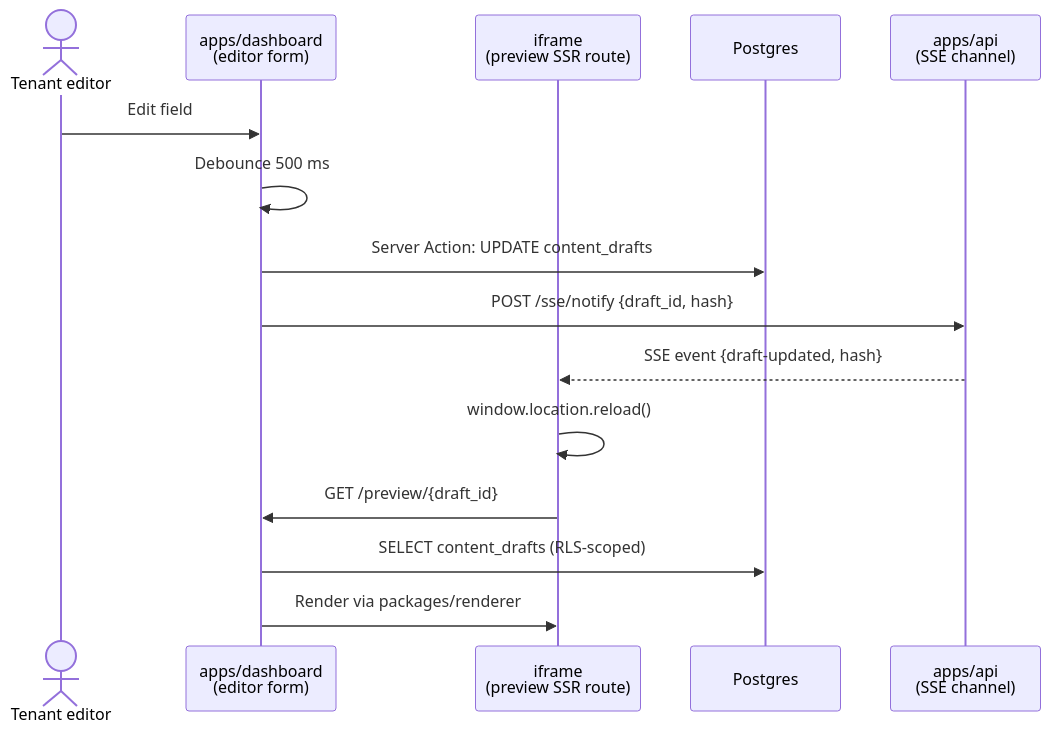
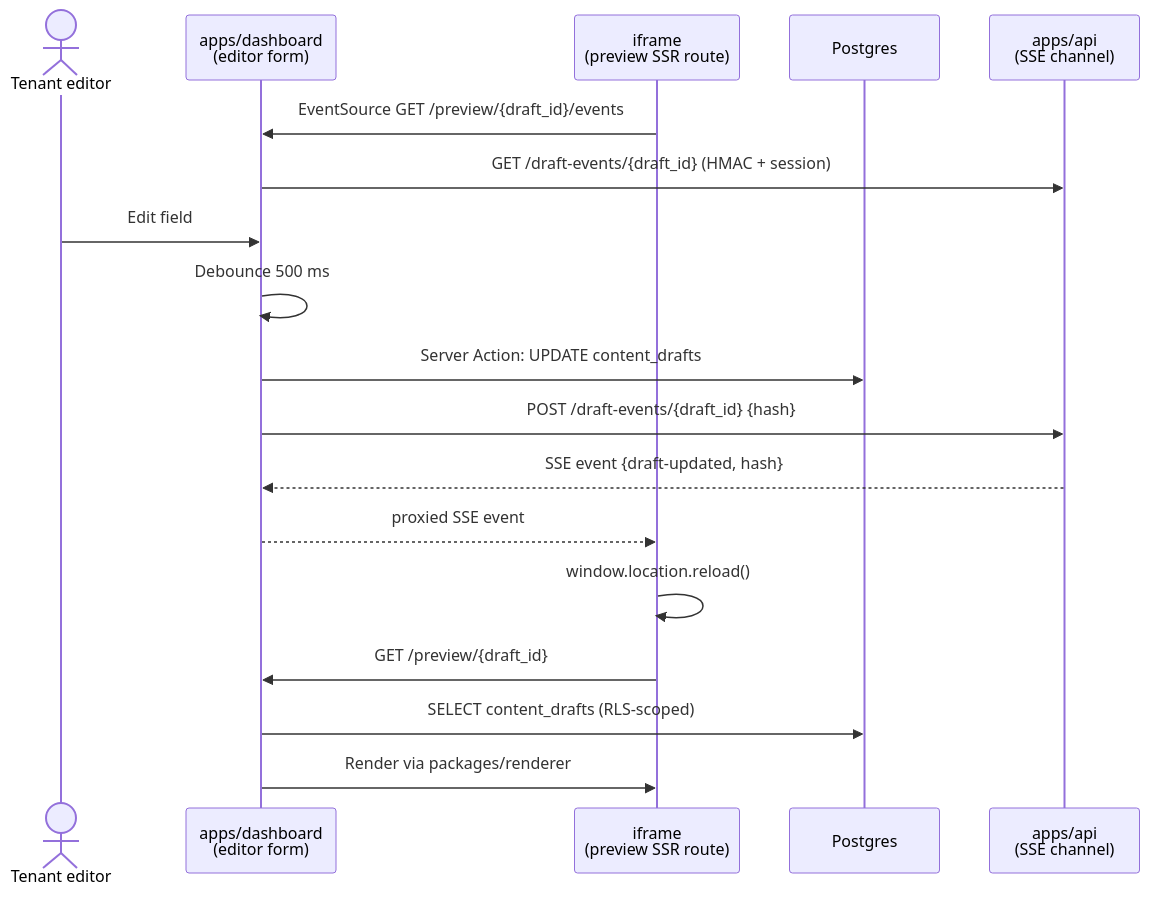
The fifth of 5 diagrams in ARCHITECTURE.md (farulivan/plinth), drawn with Mermaid before and after one commit. The commit also changed other lines of this file, not shown here.

First line of the commit message:
docs: correct the architecture overview against the running system

````diff
--- a/ARCHITECTURE.md
+++ b/ARCHITECTURE.md
@@ -147,18 +149,21 @@
 ```mermaid
 sequenceDiagram
     actor T as Tenant editor
     participant D as apps/dashboard<br/>(editor form)
     participant Iframe as iframe<br/>(preview SSR route)
     participant P as Postgres
     participant API as apps/api<br/>(SSE channel)
 
+    Iframe->>D: EventSource GET /preview/{draft_id}/events
+    D->>API: GET /draft-events/{draft_id} (HMAC + session)
     T->>D: Edit field
     D->>D: Debounce 500 ms
     D->>P: Server Action: UPDATE content_drafts
-    D->>API: POST /sse/notify {draft_id, hash}
-    API-->>Iframe: SSE event {draft-updated, hash}
+    D->>API: POST /draft-events/{draft_id} {hash}
+    API-->>D: SSE event {draft-updated, hash}
+    D-->>Iframe: proxied SSE event
     Iframe->>Iframe: window.location.reload()
     Iframe->>D: GET /preview/{draft_id}
     D->>P: SELECT content_drafts (RLS-scoped)
     D->>Iframe: Render via packages/renderer
 ```
````
